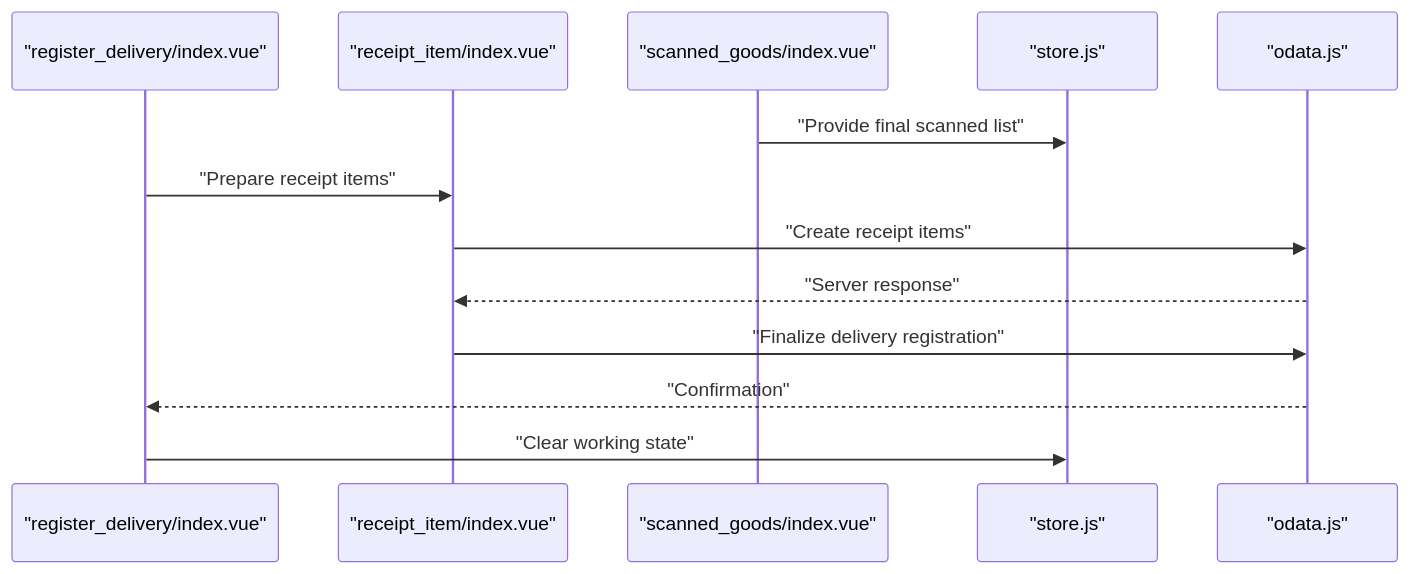
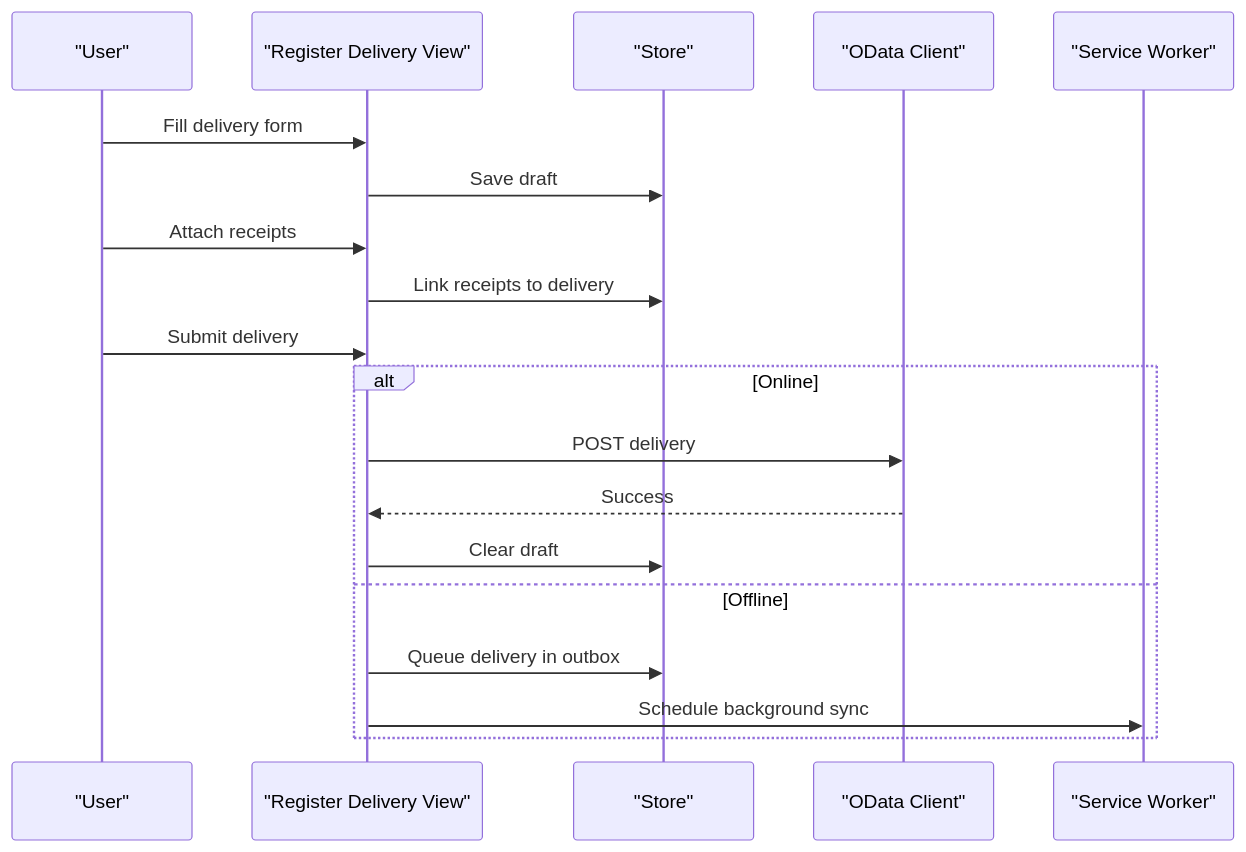
Before and after one commit to weiserman/ahm-gr-scanner-light-mode: the fifth of 9 diagrams in .qoder/repowiki/en/content/Core Features/Core Features.md, drawn with Mermaid. The commit also changed other lines of this file and 183 other files, not shown here.

````diff
--- a/.qoder/repowiki/en/content/Core Features/Core Features.md
+++ b/.qoder/repowiki/en/content/Core Features/Core Features.md
@@ -379,15 +288,21 @@
 ```mermaid
 sequenceDiagram
-participant RD as "register_delivery/index.vue"
-participant RI as "receipt_item/index.vue"
-participant SG as "scanned_goods/index.vue"
-participant ST as "store.js"
-participant OD as "odata.js"
-SG->>ST : "Provide final scanned list"
-RD->>RI : "Prepare receipt items"
-RI->>OD : "Create receipt items"
-OD-->>RI : "Server response"
-RI->>OD : "Finalize delivery registration"
-OD-->>RD : "Confirmation"
-RD->>ST : "Clear working state"
+participant User as "User"
+participant View as "Register Delivery View"
+participant Store as "Store"
+participant OData as "OData Client"
+participant SW as "Service Worker"
+User->>View : Fill delivery form
+View->>Store : Save draft
+User->>View : Attach receipts
+View->>Store : Link receipts to delivery
+User->>View : Submit delivery
+alt Online
+View->>OData : POST delivery
+OData-->>View : Success
+View->>Store : Clear draft
+else Offline
+View->>Store : Queue delivery in outbox
+View->>SW : Schedule background sync
+end
 ```
````
